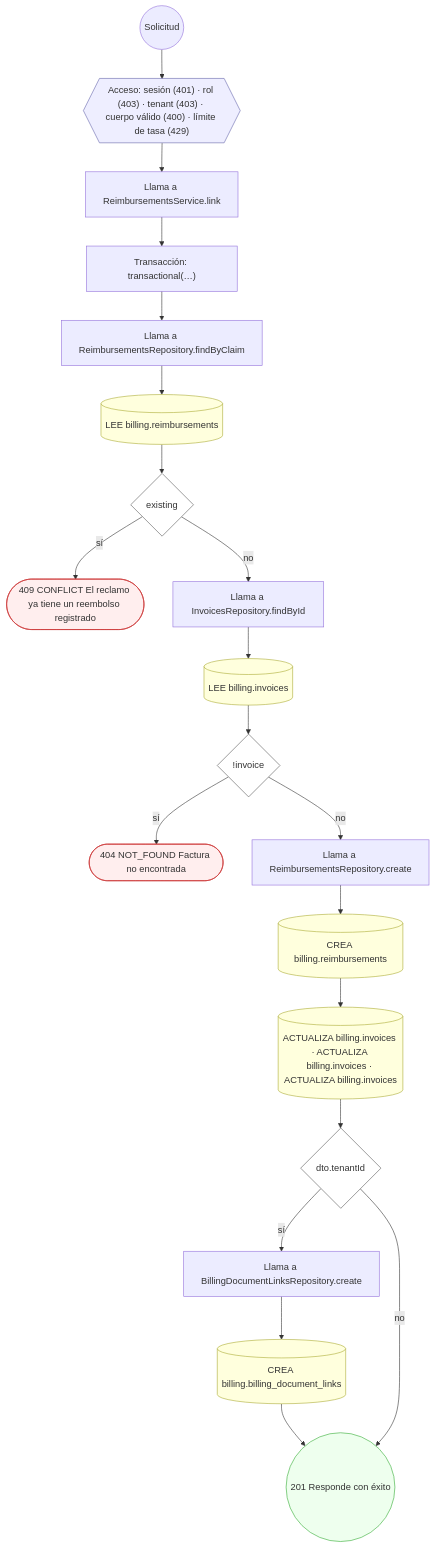
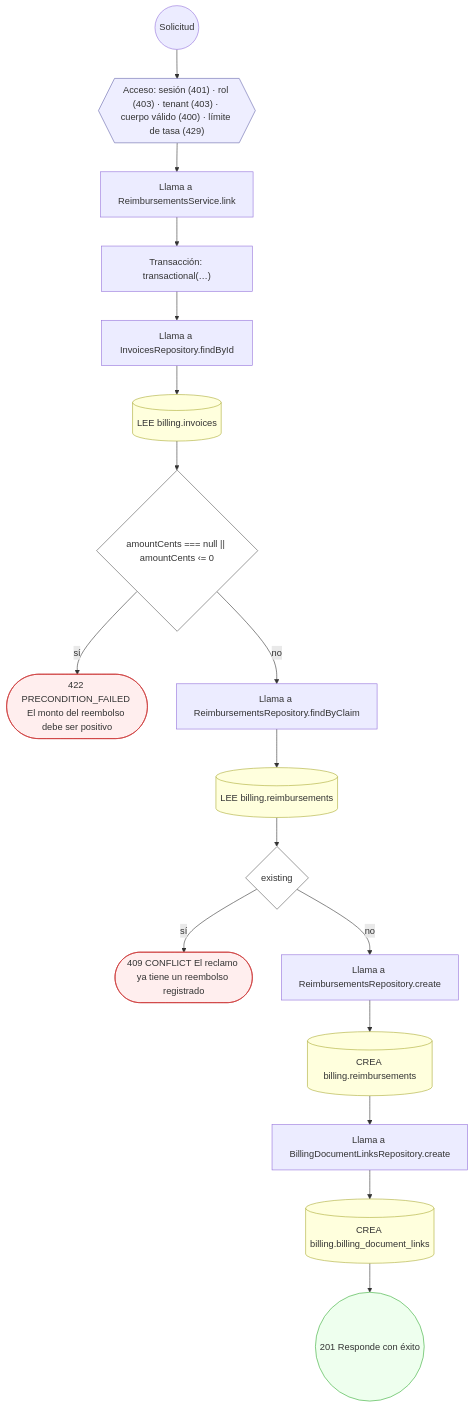
One commit to mdavila-2001/mantra-core-health-api changed diagram 18 of 34 in docs/inventario/flujos/billing.md. Above: the diagram before and after it, drawn with Mermaid. The commit also changed other lines of this file and 438 other files, not shown here.

````diff
--- a/docs/inventario/flujos/billing.md
+++ b/docs/inventario/flujos/billing.md
@@ -1313,47 +1350,42 @@
 ```mermaid
 flowchart TD
   n1(("Solicitud")):::inicio
   n2{{"Acceso: sesión (401) · rol (403) · tenant (403) · cuerpo válido (400) · límite de tasa (429)"}}:::acceso
   n1 --> n2
   n3["Llama a ReimbursementsService.link"]:::llamada
   n2 --> n3
   n4["Transacción: transactional(…)"]:::transaccion
   n3 --> n4
-  n5["Llama a ReimbursementsRepository.findByClaim"]:::llamada
+  n5["Llama a InvoicesRepository.findById"]:::llamada
   n4 --> n5
-  n6[("LEE billing.reimbursements")]:::efecto
+  n6[("LEE billing.invoices")]:::efecto
   n5 --> n6
-  n7{"existing"}:::decision
+  n7{"amountCents === null || amountCents ‹= 0"}:::decision
   n6 --> n7
-  n8(["409 CONFLICT El reclamo ya tiene un reembolso registrado"]):::error
+  n8(["422 PRECONDITION_FAILED El monto del reembolso debe ser positivo"]):::error
   n7 -->|"sí"| n8
-  n9["Llama a InvoicesRepository.findById"]:::llamada
+  n9["Llama a ReimbursementsRepository.findByClaim"]:::llamada
   n7 -->|"no"| n9
-  n10[("LEE billing.invoices")]:::efecto
+  n10[("LEE billing.reimbursements")]:::efecto
   n9 --> n10
-  n11{"!invoice"}:::decision
+  n11{"existing"}:::decision
   n10 --> n11
-  n12(["404 NOT_FOUND Factura no encontrada"]):::error
+  n12(["409 CONFLICT El reclamo ya tiene un reembolso registrado"]):::error
   n11 -->|"sí"| n12
   n13["Llama a ReimbursementsRepository.create"]:::llamada
   n11 -->|"no"| n13
   n14[("CREA billing.reimbursements")]:::efecto
   n13 --> n14
-  n15[("ACTUALIZA billing.invoices · ACTUALIZA billing.invoices · ACTUALIZA billing.invoices")]:::efecto
+  n15["Llama a BillingDocumentLinksRepository.create"]:::llamada
   n14 --> n15
-  n16{"dto.tenantId"}:::decision
+  n16[("CREA billing.billing_document_links")]:::efecto
   n15 --> n16
-  n17["Llama a BillingDocumentLinksRepository.create"]:::llamada
-  n16 -->|"sí"| n17
-  n18[("CREA billing.billing_document_links")]:::efecto
-  n17 --> n18
-  n19(("201 Responde con éxito")):::ok
-  n18 --> n19
-  n16 -->|"no"| n19
+  n17(("201 Responde con éxito")):::ok
+  n16 --> n17
   classDef acceso fill:#eef,stroke:#66a
   classDef error fill:#fee,stroke:#c33
   classDef ok fill:#efe,stroke:#3a3
   classDef efecto fill:#ffd,stroke:#aa3
   classDef decision fill:#fff,stroke:#555
   classDef corte fill:#eee,stroke:#999,stroke-dasharray: 4
 ```
````
